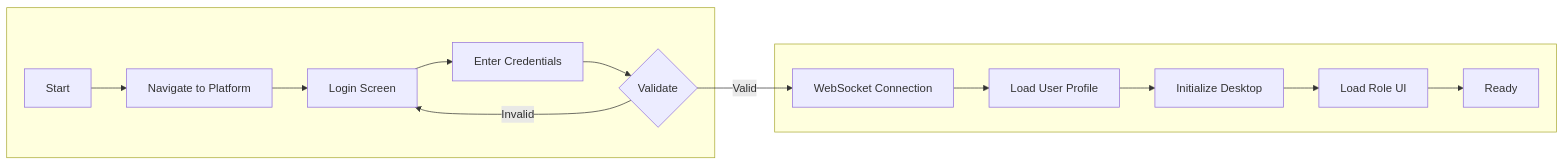
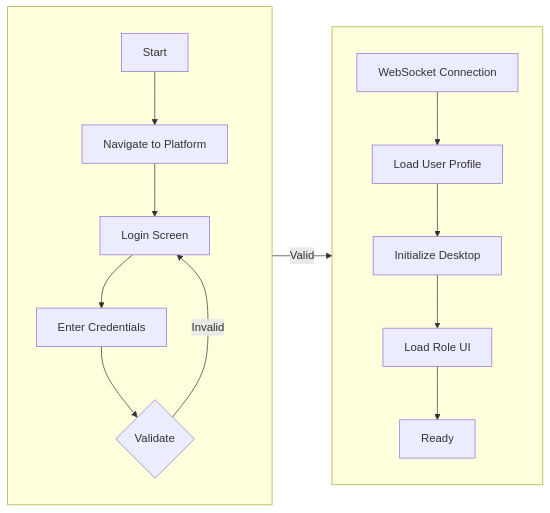
One commit to RoundRobinHood/cogniflight-cloud changed the first of 10 diagrams in docs/SEN3781_Assignment4_Information_Architecture_Report.md. Above: the diagram before and after it, drawn with Mermaid. The commit also changed other lines of this file, not shown here.

Commit message:
improved diagram readability

````diff
--- a/docs/SEN3781_Assignment4_Information_Architecture_Report.md
+++ b/docs/SEN3781_Assignment4_Information_Architecture_Report.md
@@ -134,13 +134,19 @@
 ```mermaid
 flowchart LR
     subgraph row1[" "]
-        A[Start] --> B[Navigate to Platform] --> C[Login Screen] --> D[Enter Credentials]
+        direction TB
+        A[Start] --> B[Navigate to Platform]
+        B --> C[Login Screen]
+        C --> D[Enter Credentials]
         D --> E{Validate}
     end
     subgraph row2[" "]
-        F[WebSocket Connection] --> G[Load User Profile] --> H[Initialize Desktop]
-        H --> I[Load Role UI] --> J[Ready]
+        direction TB
+        F[WebSocket Connection] --> G[Load User Profile]
+        G --> H[Initialize Desktop]
+        H --> I[Load Role UI]
+        I --> J[Ready]
     end
     E -->|Valid| F
     E -->|Invalid| C
 ```
````
